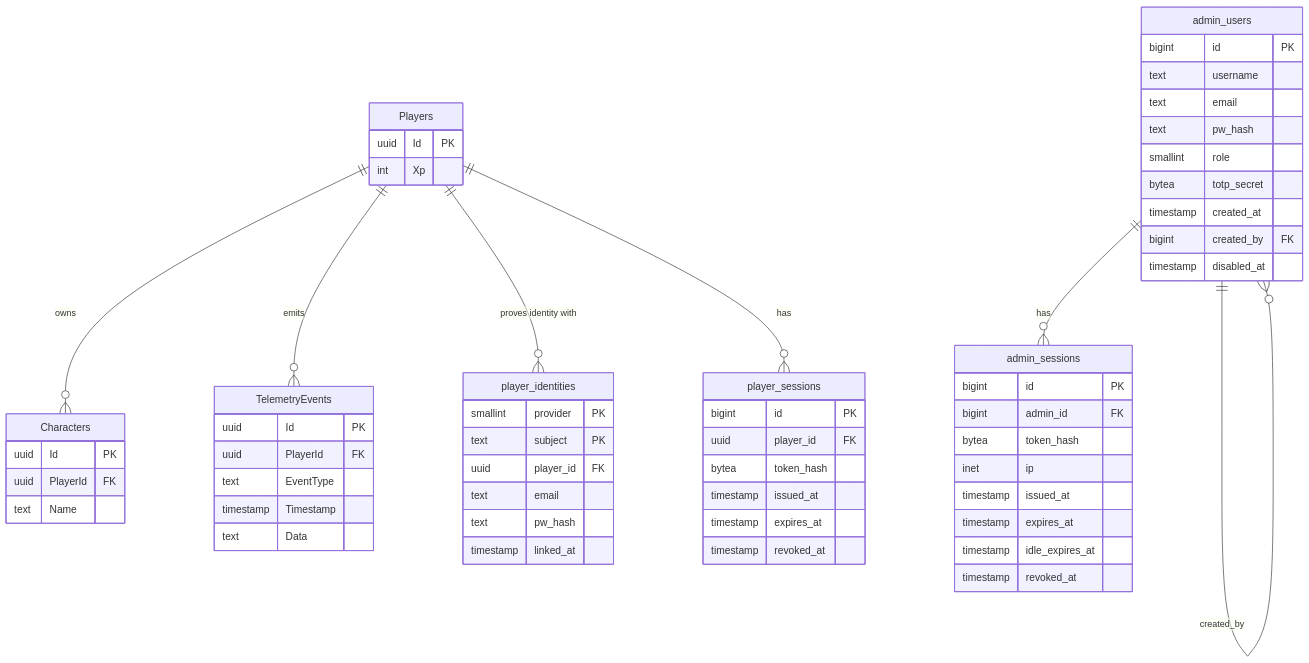
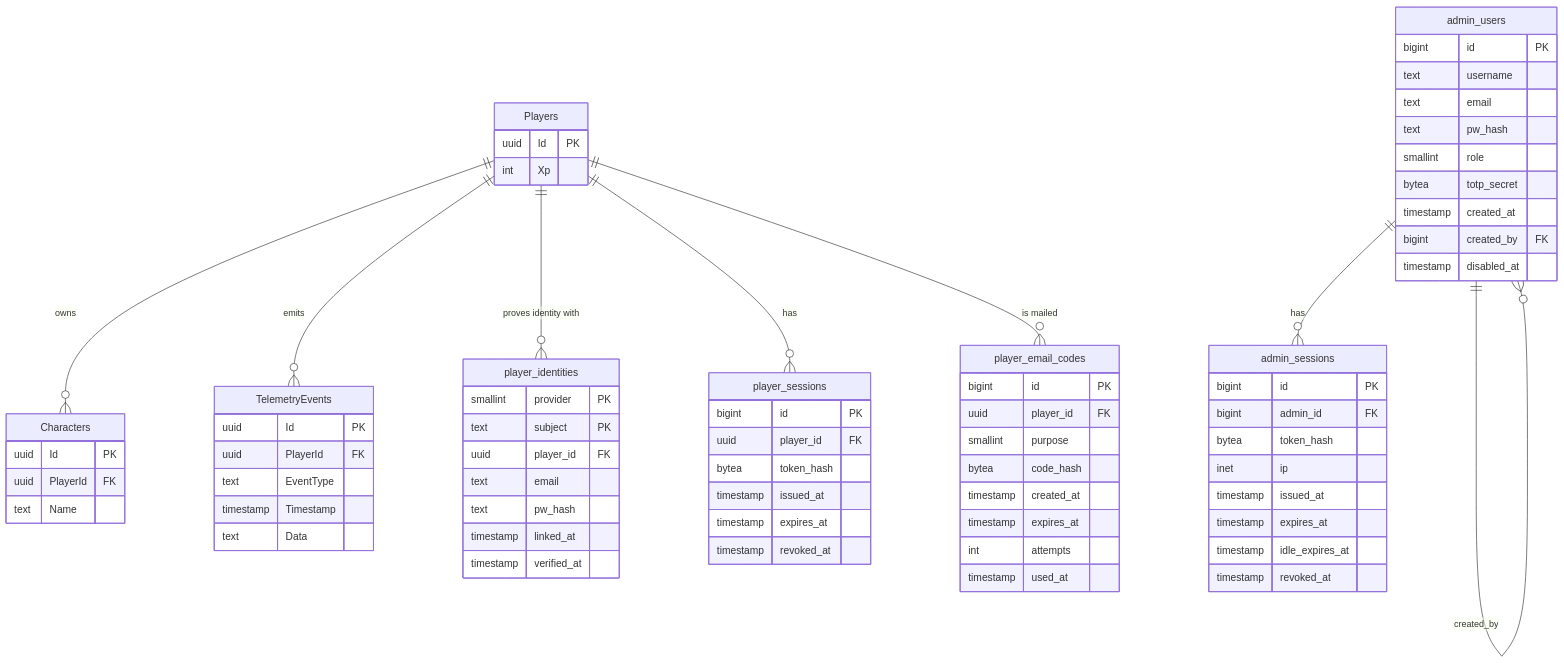
One commit to Bamboo01/Hakutaku changed the diagram in docs/components/database.md. Above: the diagram before and after it, drawn with Mermaid. The commit also changed other lines of this file and 19 other files, not shown here.

First line of the commit message:
Add email verification and password reset by emailed code

````diff
--- a/docs/components/database.md
+++ b/docs/components/database.md
@@ -8,63 +8,75 @@
 ```mermaid
 erDiagram
     Players ||--o{ Characters : "owns"
     Players ||--o{ TelemetryEvents : "emits"
     Players ||--o{ player_identities : "proves identity with"
     Players ||--o{ player_sessions : "has"
+    Players ||--o{ player_email_codes : "is mailed"
     admin_users ||--o{ admin_sessions : "has"
     admin_users ||--o{ admin_users : "created_by"
 
     Players {
         uuid Id PK
         int Xp
     }
     player_identities {
         smallint provider PK
         text subject PK
         uuid player_id FK
         text email
         text pw_hash
         timestamp linked_at
+        timestamp verified_at
     }
     player_sessions {
         bigint id PK
         uuid player_id FK
         bytea token_hash
         timestamp issued_at
         timestamp expires_at
         timestamp revoked_at
+    }
+    player_email_codes {
+        bigint id PK
+        uuid player_id FK
+        smallint purpose
+        bytea code_hash
+        timestamp created_at
+        timestamp expires_at
+        int attempts
+        timestamp used_at
     }
     Characters {
         uuid Id PK
         uuid PlayerId FK
         text Name
     }
     TelemetryEvents {
         uuid Id PK
         uuid PlayerId FK
         text EventType
         timestamp Timestamp
         text Data
     }
     admin_users {
         bigint id PK
         text username
         text email
         text pw_hash
         smallint role
         bytea totp_secret
         timestamp created_at
         bigint created_by FK
         timestamp disabled_at
     }
     admin_sessions {
         bigint id PK
         bigint admin_id FK
         bytea token_hash
         inet ip
         timestamp issued_at
         timestamp expires_at
         timestamp idle_expires_at
         timestamp revoked_at
     }
 ```
````
